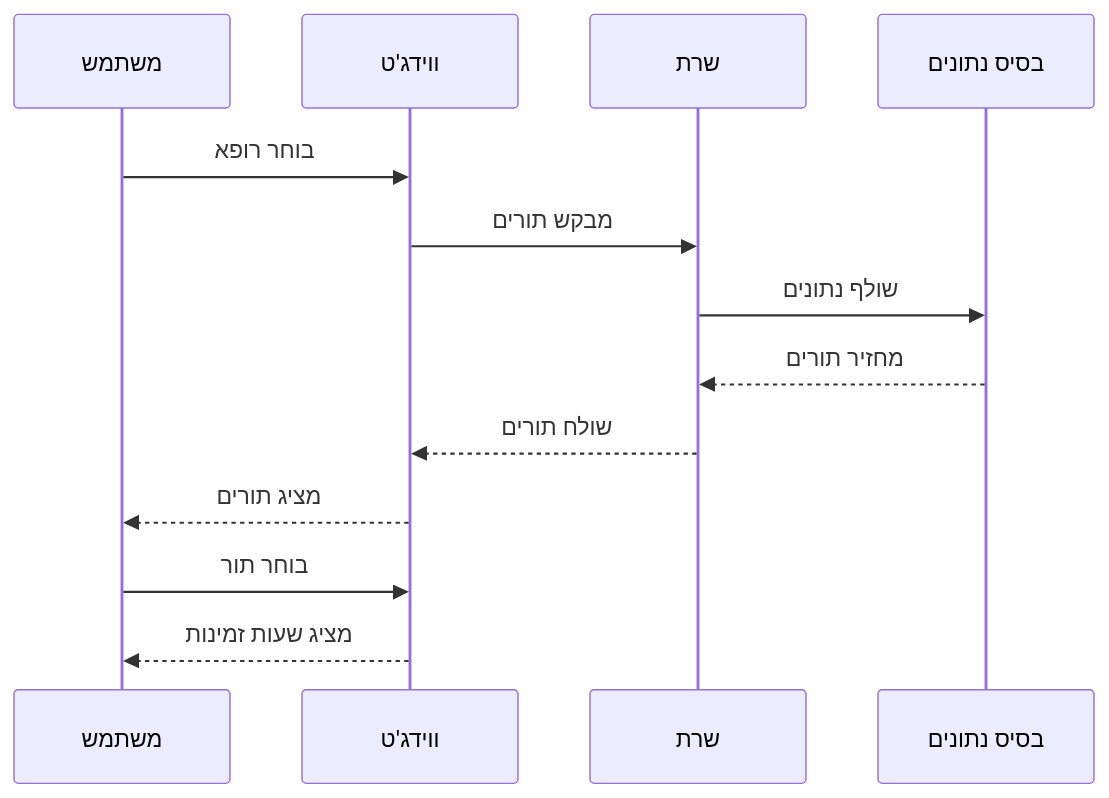
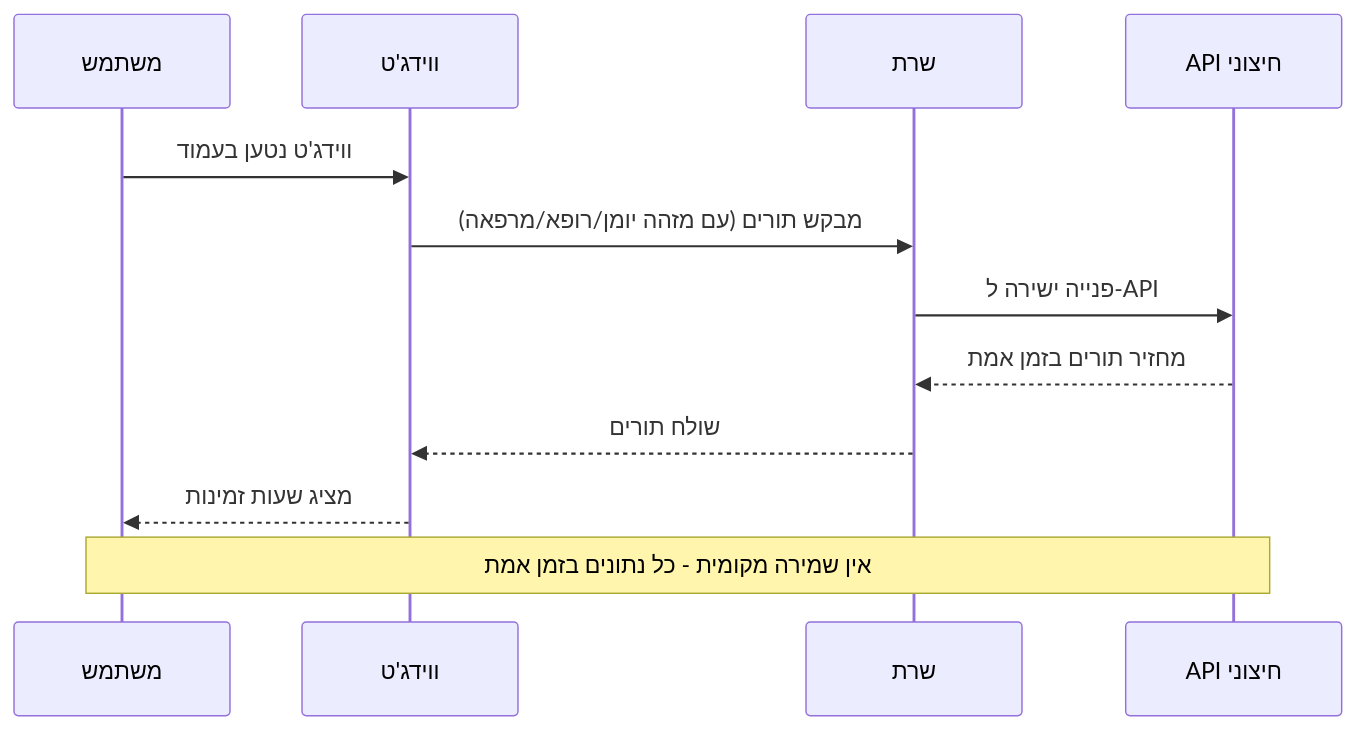
The second of 3 diagrams in docs/SIMPLE_FLOW.md (OrielBenMoshe/clinic-queue-management), drawn with Mermaid before and after one commit. The commit also changed other lines of this file and 78 other files, not shown here.

````diff
--- a/docs/SIMPLE_FLOW.md
+++ b/docs/SIMPLE_FLOW.md
@@ -25,17 +25,16 @@
 ```mermaid
 sequenceDiagram
     participant M as משתמש
     participant W as ווידג'ט
     participant S as שרת
-    participant D as בסיס נתונים
+    participant A as API חיצוני
     
-    M->>W: בוחר רופא
-    W->>S: מבקש תורים
-    S->>D: שולף נתונים
-    D-->>S: מחזיר תורים
+    M->>W: ווידג'ט נטען בעמוד
+    W->>S: מבקש תורים (עם מזהה יומן/רופא/מרפאה)
+    S->>A: פנייה ישירה ל-API
+    A-->>S: מחזיר תורים בזמן אמת
     S-->>W: שולח תורים
-    W-->>M: מציג תורים
+    W-->>M: מציג שעות זמינות
     
-    M->>W: בוחר תור
-    W-->>M: מציג שעות זמינות
+    Note over M,A: אין שמירה מקומית - כל נתונים בזמן אמת
 ```
````
